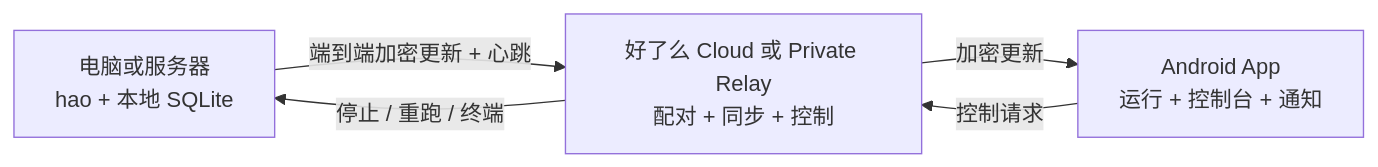
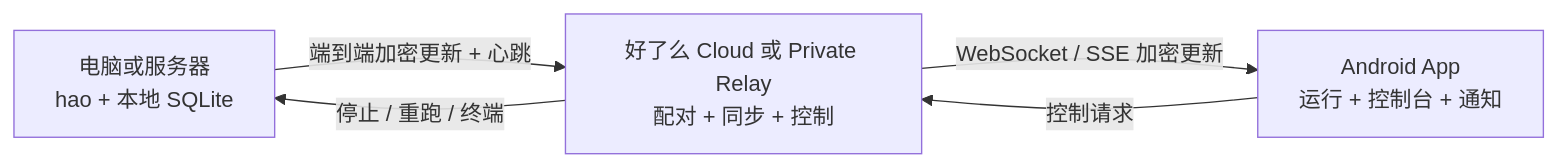
The diagram in README_CN.md (HaolemeApp/Haoleme), drawn with Mermaid before and after one commit. The commit also changed other lines of this file and 13 other files, not shown here.

````diff
--- a/README_CN.md
+++ b/README_CN.md
@@ -120,10 +122,10 @@
 ```mermaid
 flowchart LR
   HOST["电脑或服务器<br/>hao + 本地 SQLite"]
   RELAY["好了么 Cloud 或 Private Relay<br/>配对 + 同步 + 控制"]
   APP["Android App<br/>运行 + 控制台 + 通知"]
   HOST -->|"端到端加密更新 + 心跳"| RELAY
-  RELAY -->|"加密更新"| APP
+  RELAY -->|"WebSocket / SSE 加密更新"| APP
   APP -->|"控制请求"| RELAY
   RELAY -->|"停止 / 重跑 / 终端"| HOST
 ```
````
